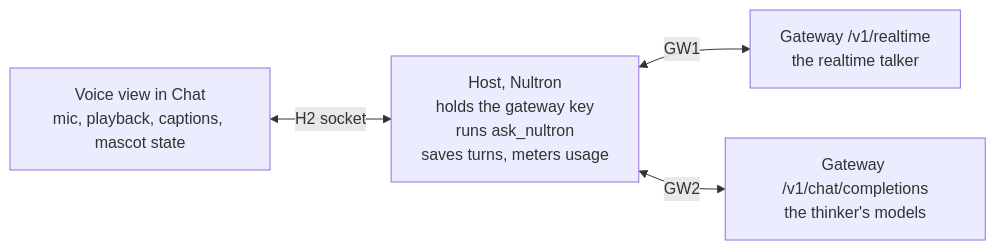
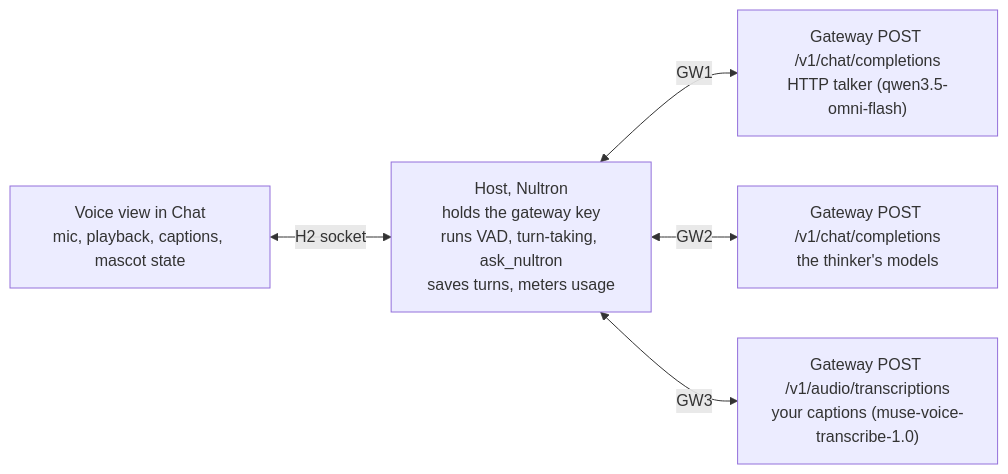
Before and after one commit to Kyoo032/Nultron: the first of 9 diagrams in docs/internal/voice-mode-plan.md, drawn with Mermaid. The commit also changed other lines of this file, not shown here.

First line of the commit message:
docs(voice): the plan after Day 0, an HTTP talker

````diff
--- a/docs/internal/voice-mode-plan.md
+++ b/docs/internal/voice-mode-plan.md
@@ -28,6 +28,7 @@
 ```mermaid
 flowchart LR
-  V["Voice view in Chat<br/>mic, playback, captions, mascot state"] <-->|H2 socket| H["Host, Nultron<br/>holds the gateway key<br/>runs ask_nultron<br/>saves turns, meters usage"]
-  H <-->|GW1| R["Gateway /v1/realtime<br/>the realtime talker"]
-  H <-->|GW2| C["Gateway /v1/chat/completions<br/>the thinker's models"]
+  V["Voice view in Chat<br/>mic, playback, captions, mascot state"] <-->|H2 socket| H["Host, Nultron<br/>holds the gateway key<br/>runs VAD, turn-taking, ask_nultron<br/>saves turns, meters usage"]
+  H <-->|GW1| R["Gateway POST /v1/chat/completions<br/>HTTP talker (qwen3.5-omni-flash)"]
+  H <-->|GW2| C["Gateway POST /v1/chat/completions<br/>the thinker's models"]
+  H <-->|GW3| T["Gateway POST /v1/audio/transcriptions<br/>your captions (muse-voice-transcribe-1.0)"]
 ```
````
